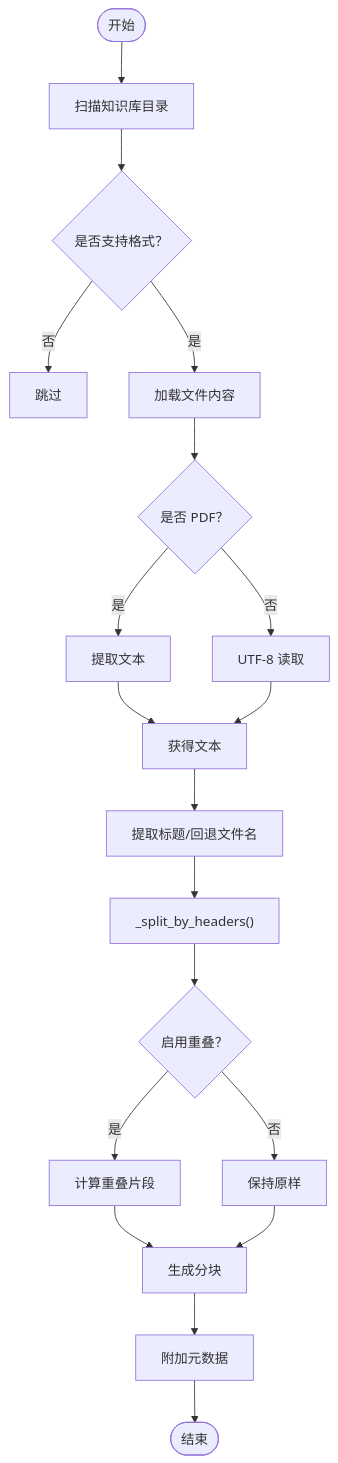
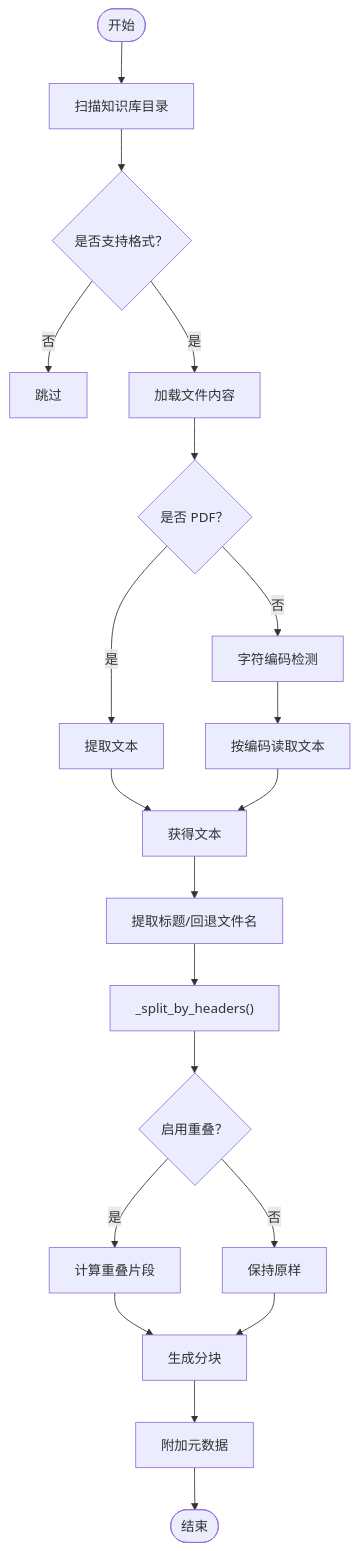
Before and after one commit to joyafa/knowledge: the third of 6 diagrams in .qoder/repowiki/zh/content/RAG核心引擎/文档加载器.md, drawn with Mermaid. The commit also changed other lines of this file and 16 other files, not shown here.

````diff
--- a/.qoder/repowiki/zh/content/RAG核心引擎/文档加载器.md
+++ b/.qoder/repowiki/zh/content/RAG核心引擎/文档加载器.md
@@ -154,21 +165,22 @@
 ```mermaid
 flowchart TD
 Start(["开始"]) --> Scan["扫描知识库目录"]
 Scan --> FilterExt{"是否支持格式？"}
 FilterExt --> |否| Skip["跳过"]
 FilterExt --> |是| Load["加载文件内容"]
 Load --> IsPDF{"是否 PDF？"}
 IsPDF --> |是| ExtractPDF["提取文本"]
-IsPDF --> |否| ReadText["UTF-8 读取"]
+IsPDF --> |否| DetectEnc["字符编码检测"]
+DetectEnc --> ReadText["按编码读取文本"]
 ExtractPDF --> TextReady["获得文本"]
 ReadText --> TextReady
 TextReady --> Title["提取标题/回退文件名"]
 Title --> SplitHdr["_split_by_headers()"]
 SplitHdr --> Overlap{"启用重叠？"}
 Overlap --> |是| ApplyOverlap["计算重叠片段"]
 Overlap --> |否| NoOverlap["保持原样"]
 ApplyOverlap --> Chunks["生成分块"]
 NoOverlap --> Chunks
 Chunks --> Meta["附加元数据"]
 Meta --> Done(["结束"])
 ```
````
